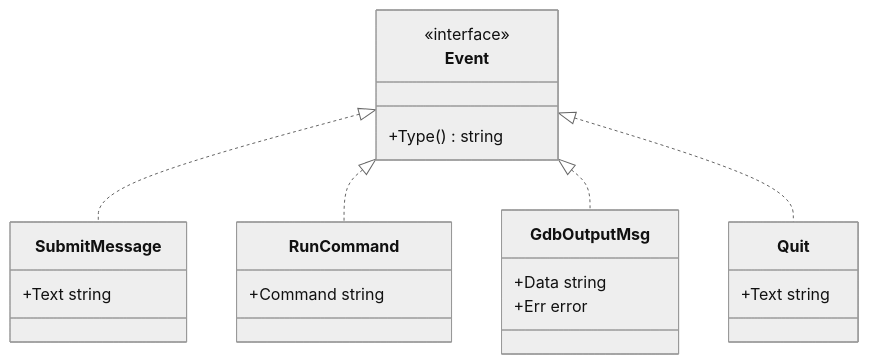
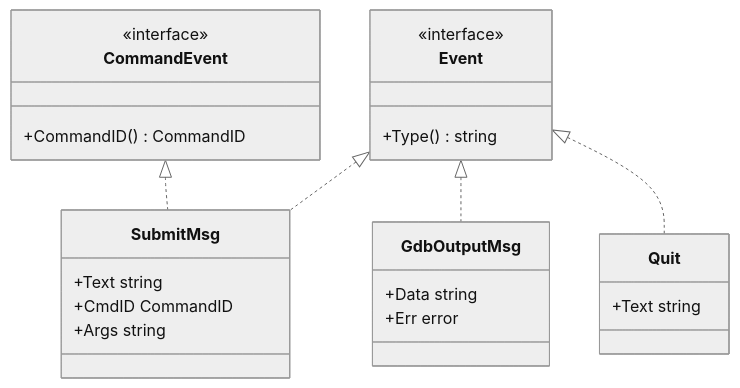
The seventh of 7 diagrams in docs/ARCHITECTURE.md (yairgd/gdbforge), drawn with Mermaid (neutral theme) before and after one commit. The commit also changed other lines of this file and 9 other files, not shown here.

````diff
--- a/docs/ARCHITECTURE.md
+++ b/docs/ARCHITECTURE.md
@@ -225,31 +287,34 @@
 ```mermaid
 classDiagram
     direction TB
 
     class Event {
         <<interface>>
         +Type() string
     }
 
-    class SubmitMessage {
-        +Text string
+    class CommandEvent {
+        <<interface>>
+        +CommandID() CommandID
     }
 
-    class RunCommand {
-        +Command string
+    class SubmitMsg {
+        +Text string
+        +CmdID CommandID
+        +Args string
     }
 
     class GdbOutputMsg {
         +Data string
         +Err error
     }
 
     class Quit {
         +Text string
     }
 
-    Event <|.. SubmitMessage
-    Event <|.. RunCommand
+    Event <|.. SubmitMsg
     Event <|.. GdbOutputMsg
     Event <|.. Quit
+    CommandEvent <|.. SubmitMsg
 ```
````
